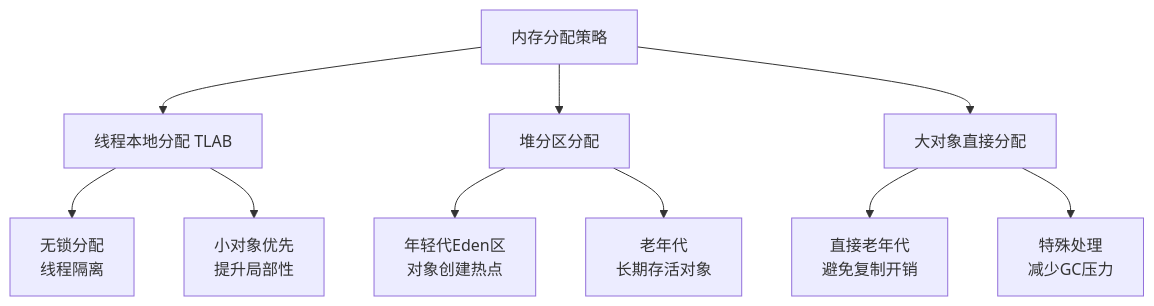
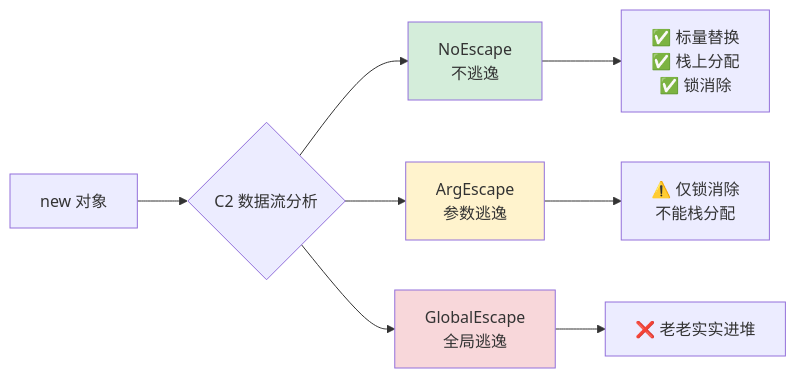
One commit to chongyang211/YCBookBlog changed diagram 11 of 25 in 00.通用技术的提升/02.程序编程原理/08.对象创建流程原理.md. Above: the diagram before and after it, drawn with Mermaid. The commit also changed other lines of this file and 4 other files, not shown here.

````diff
--- a/00.通用技术的提升/02.程序编程原理/08.对象创建流程原理.md
+++ b/00.通用技术的提升/02.程序编程原理/08.对象创建流程原理.md
@@ -430,15 +999,16 @@
 ```mermaid
-graph TB
-    A[内存分配策略] --> B[线程本地分配 TLAB]
-    A --> C[堆分区分配]
-    A --> D[大对象直接分配]
+flowchart LR
+    A[new 对象] --> B{C2 数据流分析}
     
-    B --> B1[无锁分配<br/>线程隔离]
-    B --> B2[小对象优先<br/>提升局部性]
+    B --> C[NoEscape<br/>不逃逸]
+    B --> D[ArgEscape<br/>参数逃逸]
+    B --> E[GlobalEscape<br/>全局逃逸]
     
-    C --> C1[年轻代Eden区<br/>对象创建热点]
-    C --> C2[老年代<br/>长期存活对象]
+    C --> C1["✅ 标量替换<br/>✅ 栈上分配<br/>✅ 锁消除"]
+    D --> D1["⚠️ 仅锁消除<br/>不能栈分配"]
+    E --> E1["❌ 老老实实进堆"]
     
-    D --> D1[直接老年代<br/>避免复制开销]
-    D --> D2[特殊处理<br/>减少GC压力]
+    style C fill:#d4edda
+    style D fill:#fff3cd
+    style E fill:#f8d7da
 ```
````
